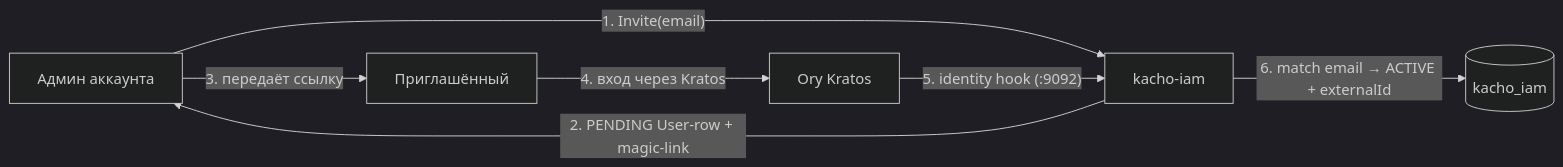
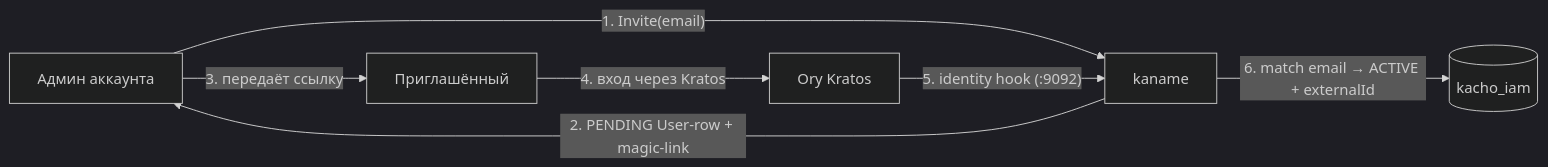
Before and after one commit to PRO-Robotech/kacho: the first of 2 diagrams in services/iam/docs/content/architecture/identity.mdx, drawn with Mermaid (dark theme). The commit also changed other lines of this file and 1011 other files, not shown here.

````diff
--- a/services/iam/docs/content/architecture/identity.mdx
+++ b/services/iam/docs/content/architecture/identity.mdx
@@ -49,9 +49,9 @@
 ```mermaid
 flowchart LR
-  admin["Админ аккаунта"] -->|"1. Invite(email)"| iam["kacho-iam"]
+  admin["Админ аккаунта"] -->|"1. Invite(email)"| iam["kaname"]
   iam -->|"2. PENDING User-row + magic-link"| admin
   admin -->|"3. передаёт ссылку"| user["Приглашённый"]
   user -->|"4. вход через Kratos"| kratos["Ory Kratos"]
   kratos -->|"5. identity hook (:9092)"| iam
   iam -->|"6. match email → ACTIVE + externalId"| pg[("kacho_iam")]
 ```
````
